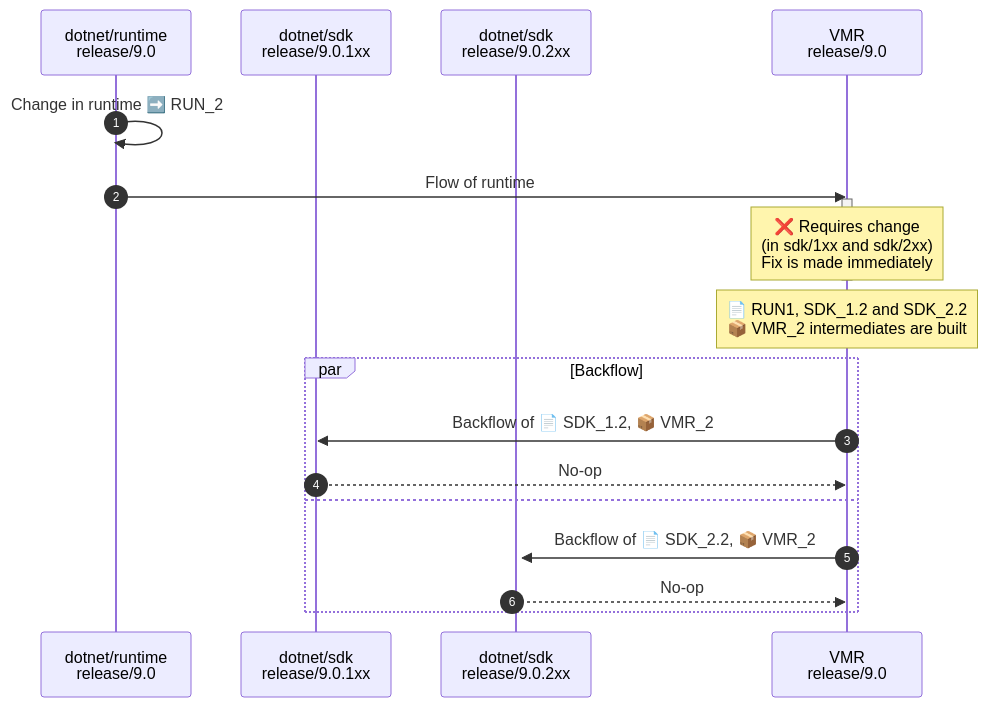
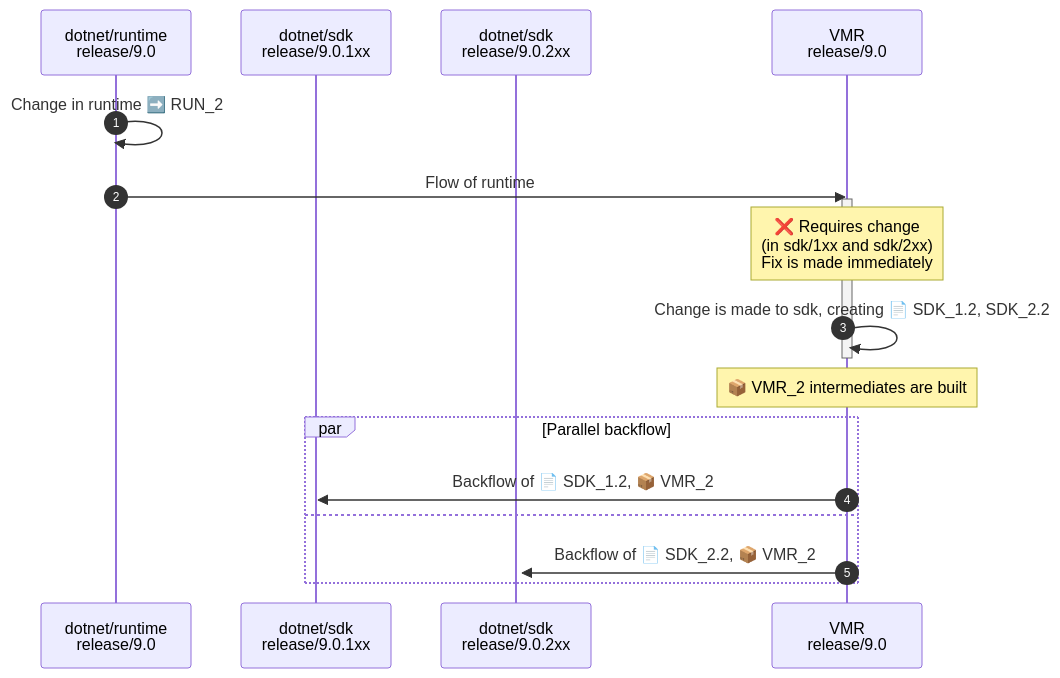
The second of 2 diagrams in Documentation/UnifiedBuild/VMR-Managing-SDK-Bands-Side-by-Side-folders.md (dotnet/arcade), drawn with Mermaid before and after one commit. The commit also changed other lines of this file and 2 other files, not shown here.

Commit message:
Add comments for code flow diagrams

````diff
--- a/Documentation/UnifiedBuild/VMR-Managing-SDK-Bands-Side-by-Side-folders.md
+++ b/Documentation/UnifiedBuild/VMR-Managing-SDK-Bands-Side-by-Side-folders.md
@@ -74,27 +74,27 @@
 ```mermaid
 sequenceDiagram
     autonumber
 
     participant runtime as dotnet/runtime<br />release/9.0
     participant SDK_1xx as dotnet/sdk<br />release/9.0.1xx
     participant SDK_2xx as dotnet/sdk<br />release/9.0.2xx
     participant VMR as VMR<br />release/9.0
 
     runtime->>runtime: Change in runtime ➡️ RUN_2
 
 
     activate SDK_2xx
     runtime->>VMR: Flow of runtime
     activate VMR
     Note over VMR: ❌ Requires change<br />(in sdk/1xx and sdk/2xx)<br />Fix is made immediately
+    VMR->>VMR: Change is made to sdk, creating 📄 SDK_1.2, SDK_2.2
     deactivate VMR
-    Note over VMR: 📄 RUN1, SDK_1.2 and SDK_2.2<br />📦 VMR_2 intermediates are built
 
-    par Backflow
+    Note over VMR: 📦 VMR_2 intermediates are built
+
+    par Parallel backflow
         VMR->>SDK_1xx: Backflow of 📄 SDK_1.2, 📦 VMR_2
-        SDK_1xx-->>VMR: No-op
     and
         VMR->>SDK_2xx: Backflow of 📄 SDK_2.2, 📦 VMR_2
-        SDK_2xx-->>VMR: No-op
     end
 ```
````
